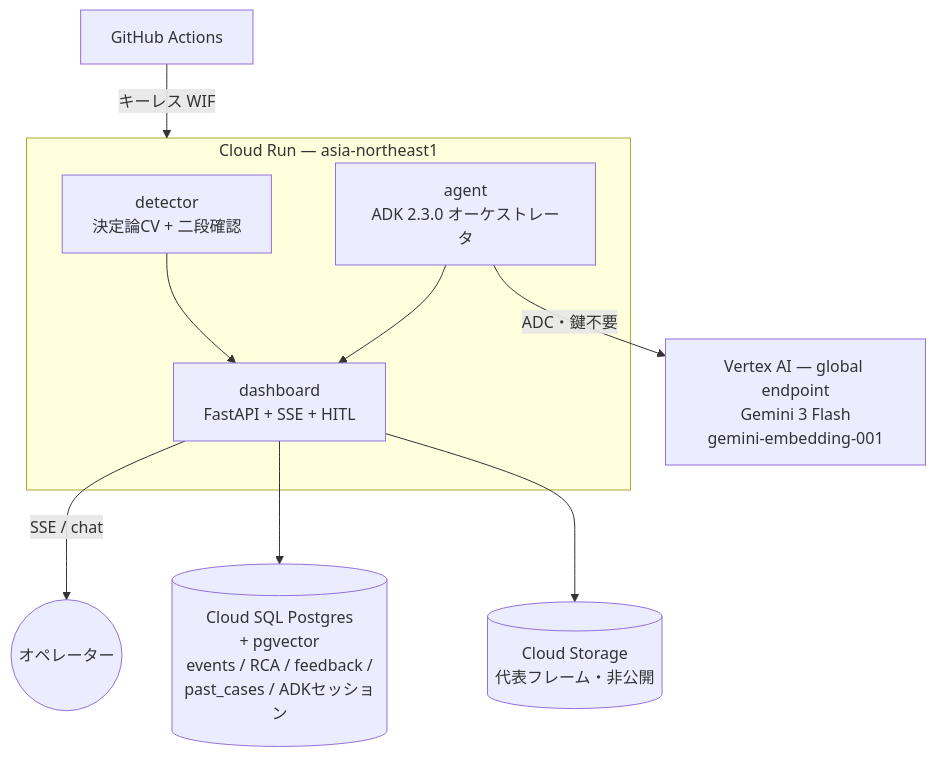
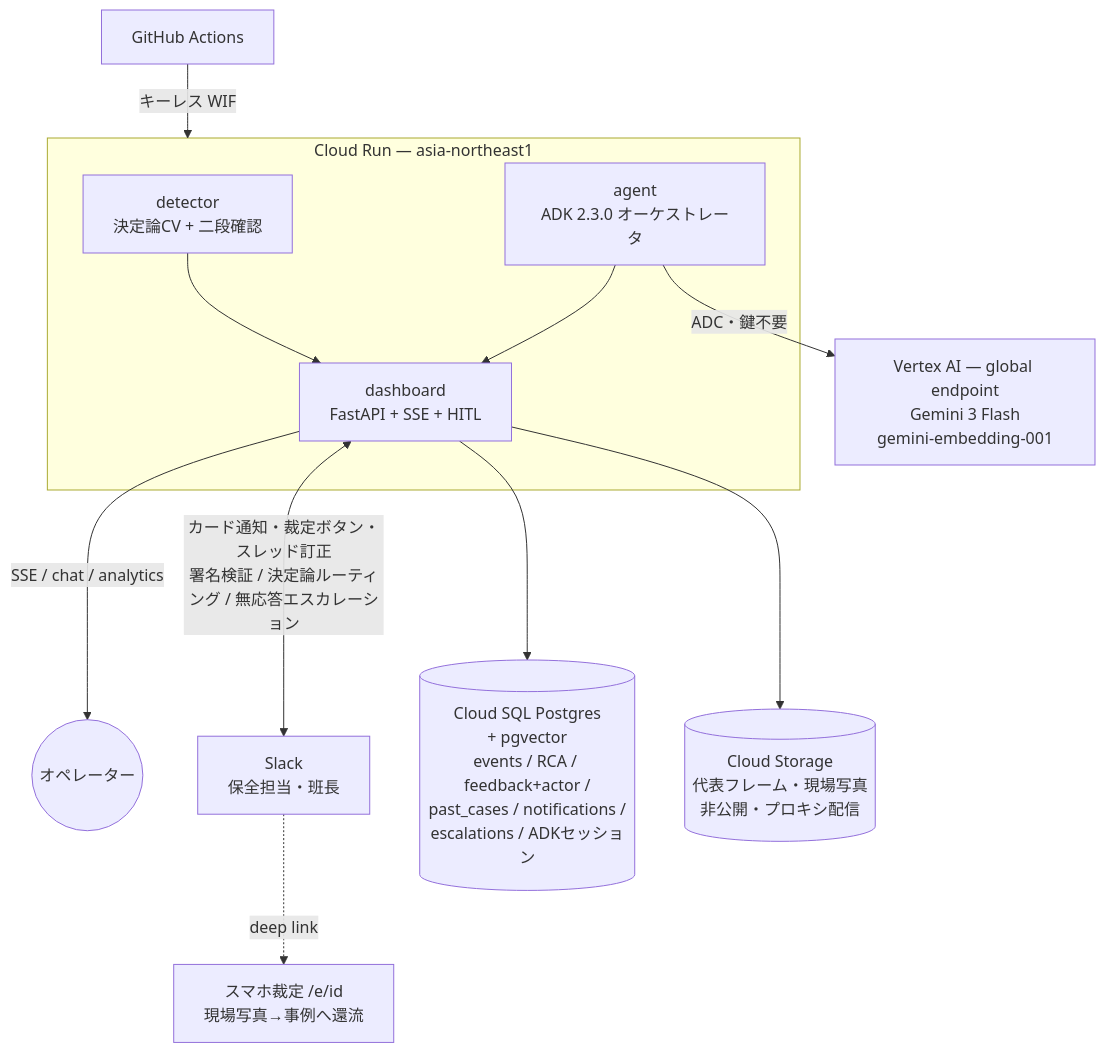
One commit to ai-club-lab/e-andon changed the second of 2 diagrams in README.md. Above: the diagram before and after it, drawn with Mermaid. The commit also changed other lines of this file and 3 other files, not shown here.

Commit message:
[N/A] docs: human-loop guardrails, audit tables/logs, and architecture surfaces (andon-human-loop 11.4)

````diff
--- a/README.md
+++ b/README.md
@@ -83,12 +83,14 @@
 ```mermaid
 flowchart TB
     subgraph CloudRun["Cloud Run — asia-northeast1"]
         DET[detector<br>決定論CV + 二段確認] --> DASH[dashboard<br>FastAPI + SSE + HITL]
         AGENT[agent<br>ADK 2.3.0 オーケストレータ] --> DASH
     end
-    DASH -->|SSE / chat| USER((オペレーター))
+    DASH -->|SSE / chat / analytics| USER((オペレーター))
+    DASH <-->|カード通知・裁定ボタン・スレッド訂正<br>署名検証 / 決定論ルーティング / 無応答エスカレーション| SLACK[Slack<br>保全担当・班長]
+    SLACK -.->|deep link| MOBILE[スマホ裁定 /e/id<br>現場写真→事例へ還流]
     AGENT -->|ADC・鍵不要| VERTEX[Vertex AI — global endpoint<br>Gemini 3 Flash<br>gemini-embedding-001]
-    DASH --> SQL[(Cloud SQL Postgres<br>+ pgvector<br>events / RCA / feedback /<br>past_cases / ADKセッション)]
-    DASH --> GCS[(Cloud Storage<br>代表フレーム・非公開)]
+    DASH --> SQL[(Cloud SQL Postgres<br>+ pgvector<br>events / RCA / feedback+actor /<br>past_cases / notifications /<br>escalations / ADKセッション)]
+    DASH --> GCS[(Cloud Storage<br>代表フレーム・現場写真<br>非公開・プロキシ配信)]
     GH[GitHub Actions] -->|キーレス WIF| CloudRun
 ```
````
